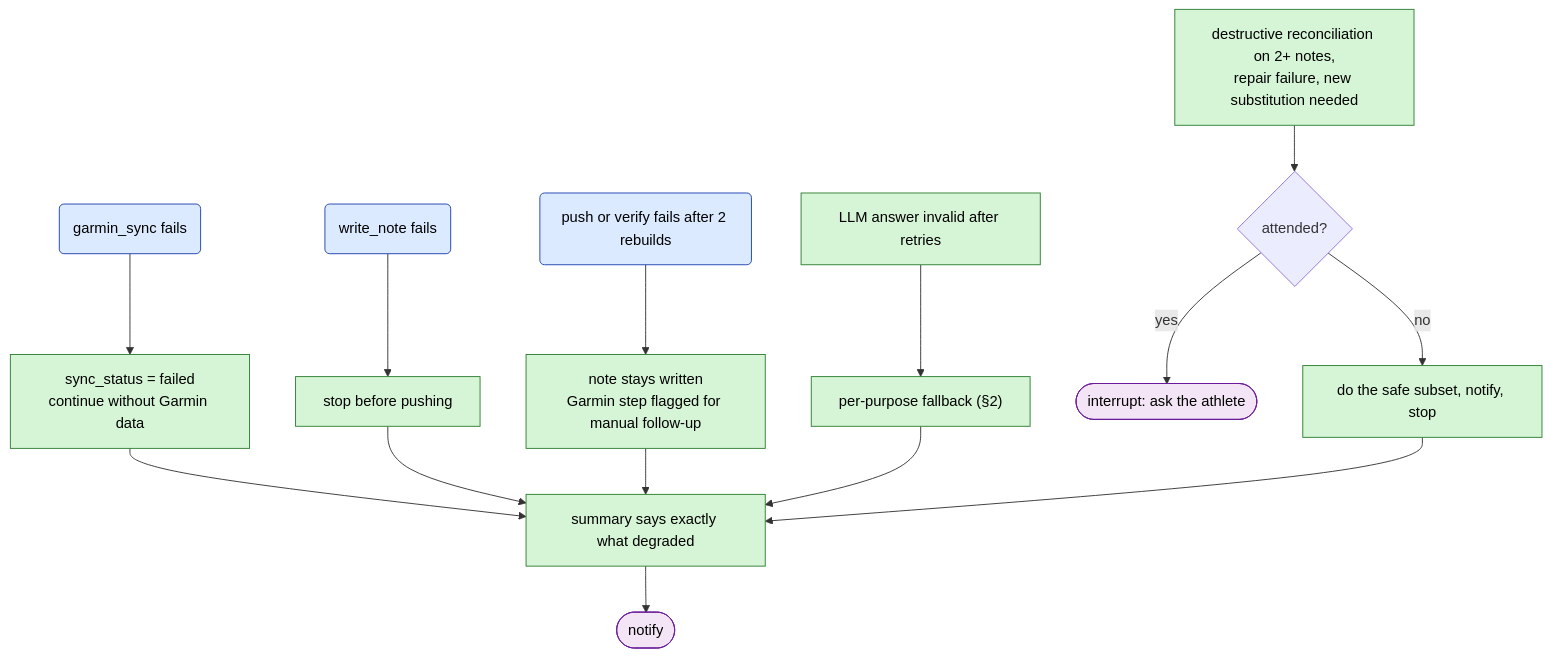
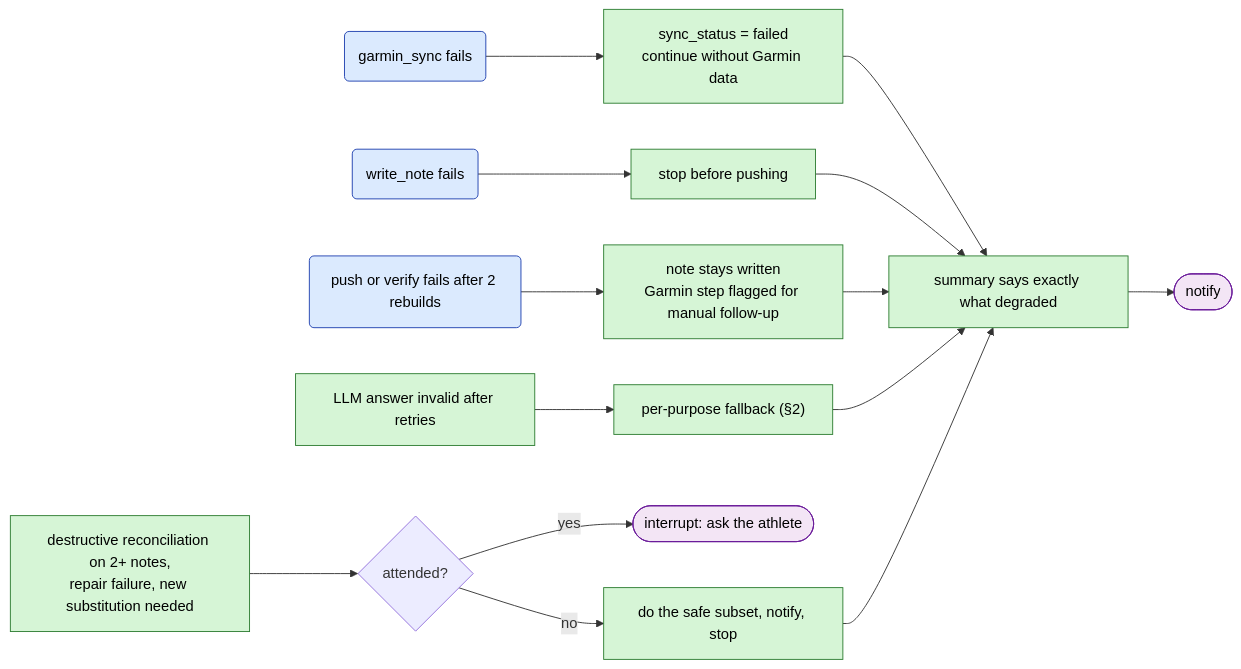
Before and after one commit to erevtsov/full-stack-athlete: the ninth of 24 diagrams in docs/interaction-flows.md, drawn with Mermaid. The commit also changed other lines of this file, not shown here.

Commit message:
docs: split oversized flow diagrams so they render legibly

````diff
--- a/docs/interaction-flows.md
+++ b/docs/interaction-flows.md
@@ -249,15 +299,15 @@
 ```mermaid
-flowchart TD
+flowchart LR
     classDef core fill:#d6f5d6,stroke:#2e7d32,color:#000
     classDef port fill:#dbeafe,stroke:#1e40af,color:#000
     classDef human fill:#f3e5f5,stroke:#6a1b9a,color:#000
 
     A("garmin_sync fails"):::port --> B["sync_status = failed<br/>continue without Garmin data"]:::core --> Z
     C("write_note fails"):::port --> D["stop before pushing"]:::core --> Z
     E("push or verify fails after 2 rebuilds"):::port --> F["note stays written<br/>Garmin step flagged for manual follow-up"]:::core --> Z
     G["LLM answer invalid after retries"]:::core --> H["per-purpose fallback (§2)"]:::core --> Z
     I["destructive reconciliation on 2+ notes,<br/>repair failure, new substitution needed"]:::core --> J{"attended?"}
     J -->|"yes"| K(["interrupt: ask the athlete"]):::human
     J -->|"no"| L["do the safe subset, notify, stop"]:::core --> Z
     Z["summary says exactly what degraded"]:::core --> N(["notify"]):::human
 ```
````
